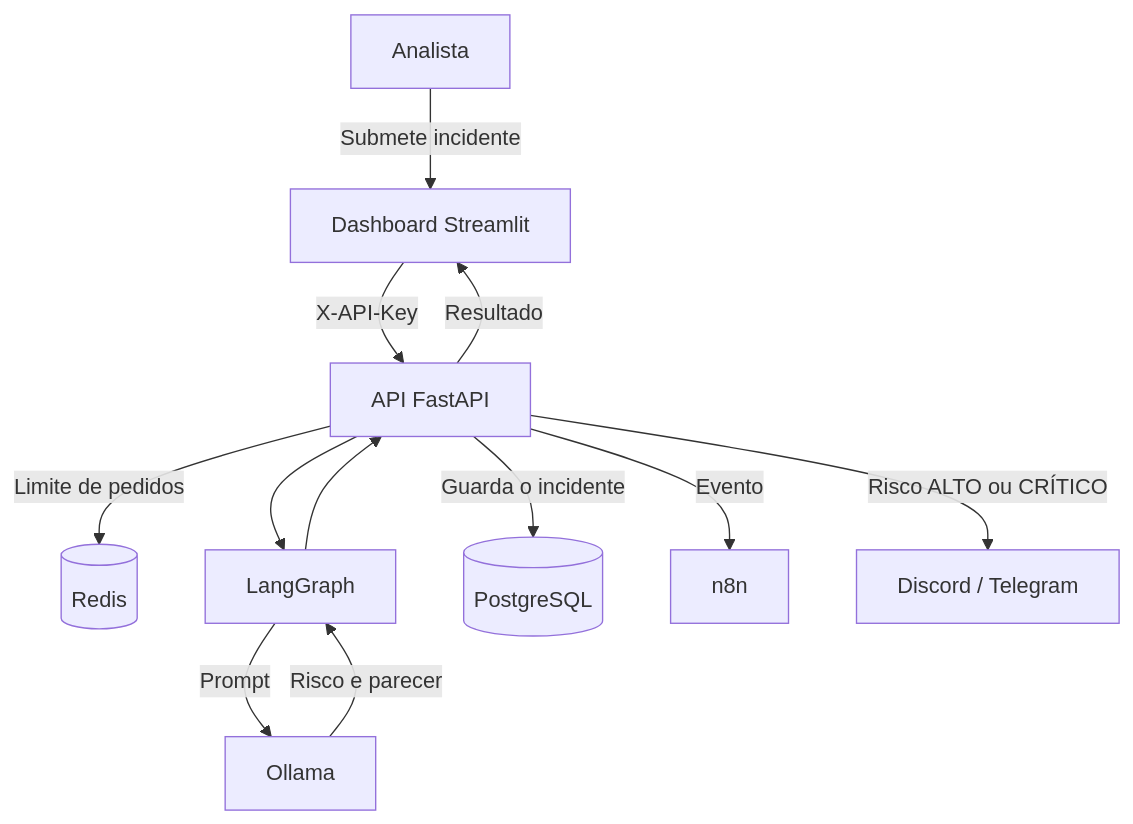
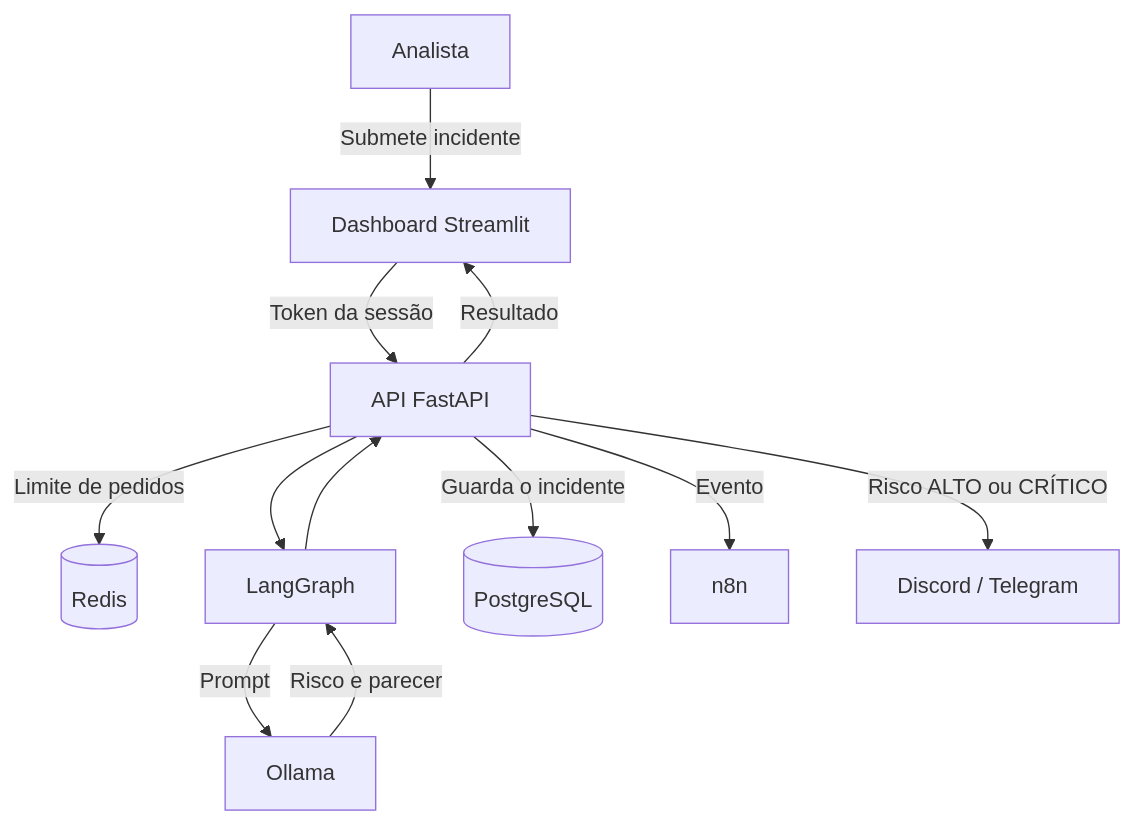
One commit to Peroba-7/netsentinel changed the diagram in README.md. Above: the diagram before and after it, drawn with Mermaid. The commit also changed other lines of this file and 33 other files, not shown here.

````diff
--- a/README.md
+++ b/README.md
@@ -78,14 +79,14 @@
 ```mermaid
 flowchart TD
     A[Analista] -->|Submete incidente| B[Dashboard Streamlit]
-    B -->|X-API-Key| C[API FastAPI]
+    B -->|Token da sessão| C[API FastAPI]
     C -->|Limite de pedidos| D[(Redis)]
     C --> E[LangGraph]
     E -->|Prompt| F[Ollama]
     F -->|Risco e parecer| E
     E --> C
     C -->|Guarda o incidente| G[(PostgreSQL)]
     C -->|Evento| H[n8n]
     C -->|Risco ALTO ou CRÍTICO| I[Discord / Telegram]
     C -->|Resultado| B
 ```
````
